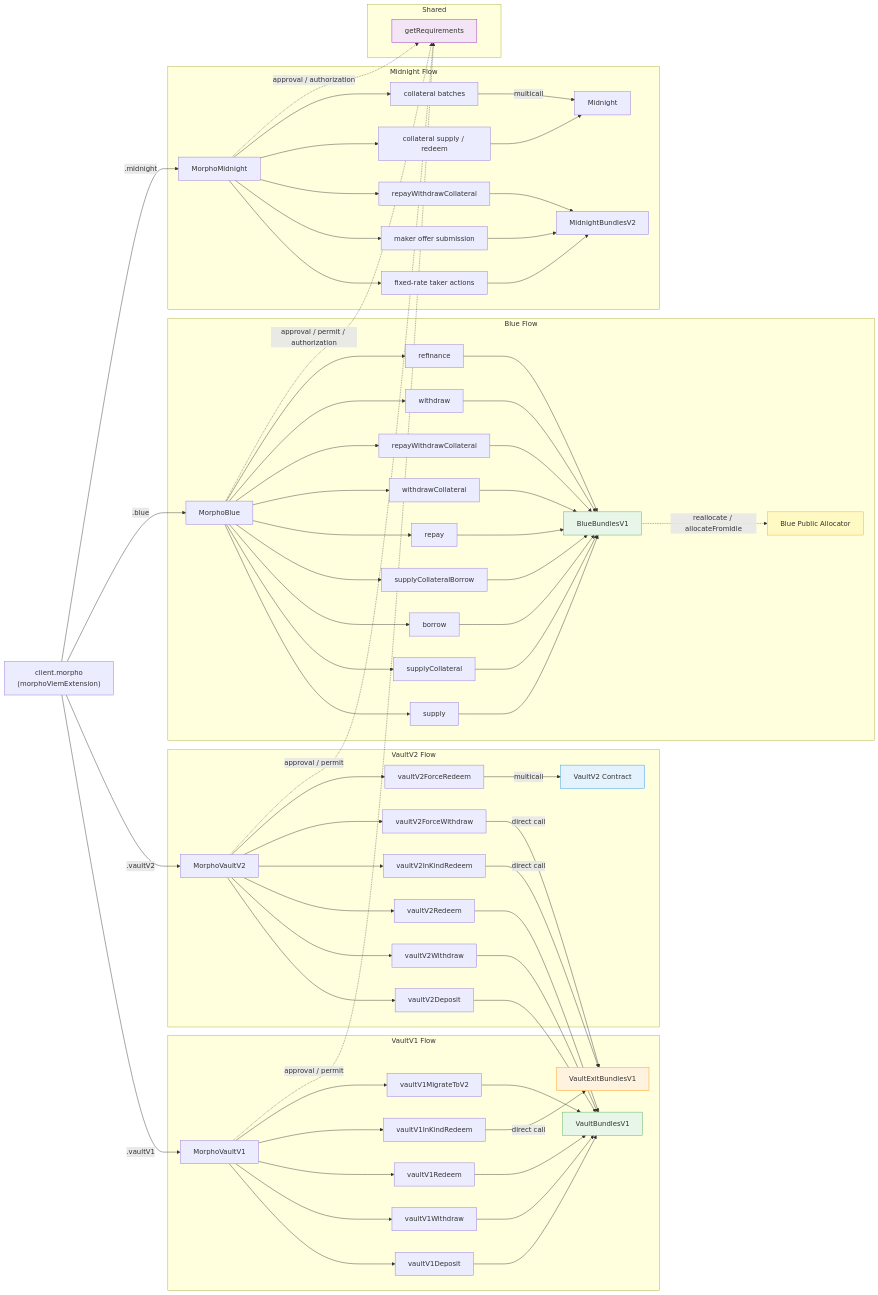
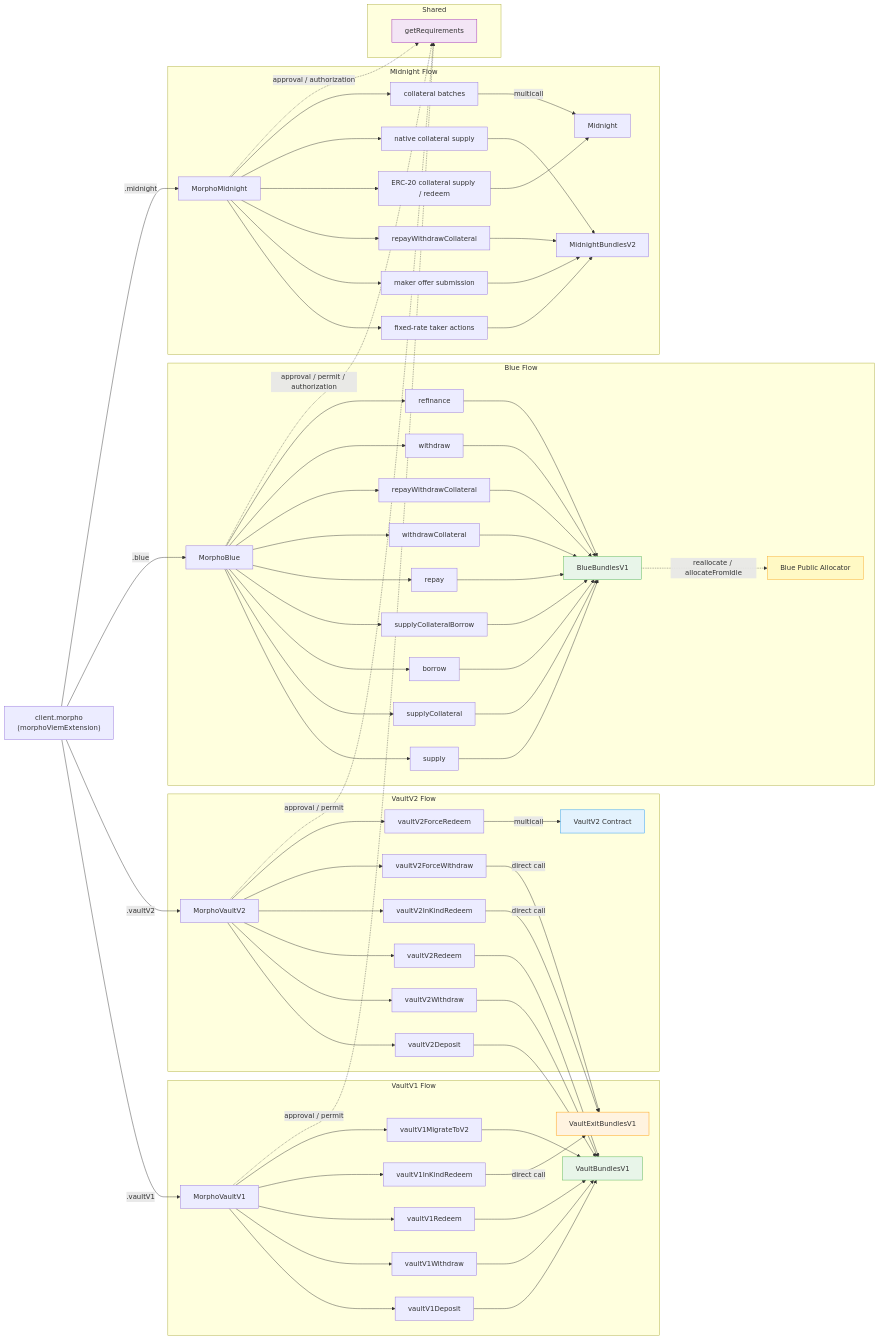
Before and after one commit to morpho-org/sdks: the diagram in packages/morpho-sdk/README.md, drawn with Mermaid. The commit also changed other lines of this file and 367 other files, not shown here.

```diff
--- a/packages/morpho-sdk/README.md
+++ b/packages/morpho-sdk/README.md
@@ -602,11 +604,13 @@
         MN1 --> MNT[fixed-rate taker actions]
         MN1 --> MNM[maker offer submission]
         MN1 --> MNR[repayWithdrawCollateral]
-        MN1 --> MNP[collateral supply / redeem]
+        MN1 --> MNP[ERC-20 collateral supply / redeem]
+        MN1 --> MNS[native collateral supply]
         MN1 --> MNCB[collateral batches]
         MNT --> MNB2[MidnightBundlesV2]
         MNM --> MNB2
         MNR --> MNB2
+        MNS --> MNB2
         MNP --> MNC[Midnight]
         MNCB -->|multicall| MNC
     end
```
